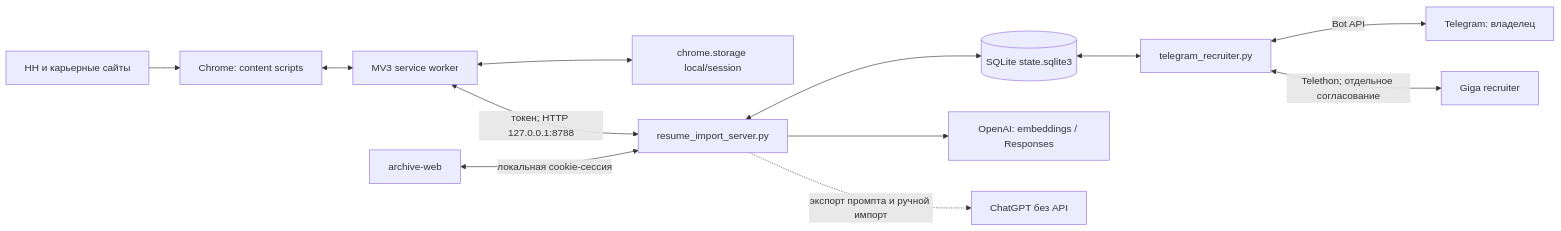
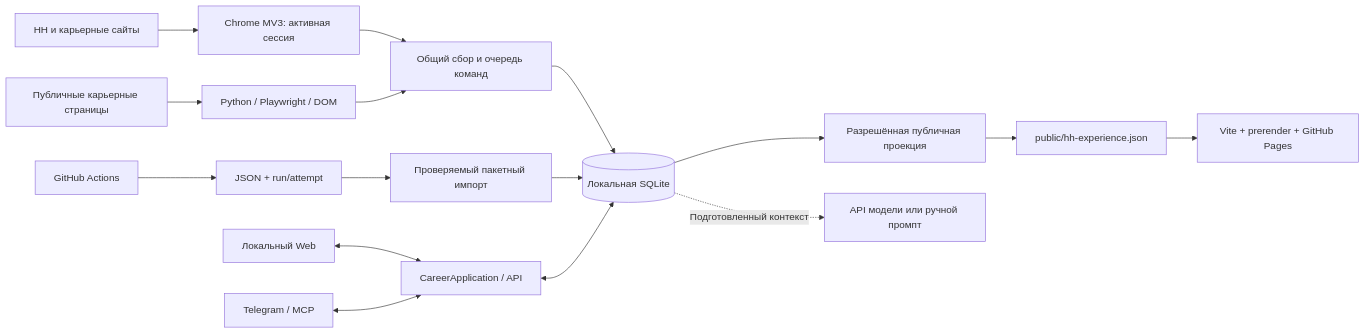
Before and after one commit to vladislav-vasilenko/vladislav-vasilenko.github.io: the diagram in tools/cv_matcher/docs/architecture/current-state.md, drawn with Mermaid. The commit also changed other lines of this file and 55 other files, not shown here.

Commit message:
docs(career): refresh architecture, operations and LinkedIn adapter roadmap

````diff
--- a/tools/cv_matcher/docs/architecture/current-state.md
+++ b/tools/cv_matcher/docs/architecture/current-state.md
@@ -29,14 +21,18 @@
 ```mermaid
 flowchart LR
-  Sites[HH и карьерные сайты] --> DOM[Chrome: content scripts]
-  DOM <--> Worker[MV3 service worker]
-  Worker <--> Local[chrome.storage local/session]
-  Worker <-->|токен; HTTP 127.0.0.1:8788| API[resume_import_server.py]
-  Web[archive-web] <-->|локальная cookie-сессия| API
-  API <--> DB[(SQLite state.sqlite3)]
-  API --> Models[OpenAI: embeddings / Responses]
-  DB <--> Bot[telegram_recruiter.py]
-  Bot <-->|Bot API| Owner[Telegram: владелец]
-  Bot <-->|Telethon; отдельное согласование| Giga[Giga recruiter]
-  API -.->|экспорт промпта и ручной импорт| Manual[ChatGPT без API]
+  HH[HH и карьерные сайты] --> Chrome[Chrome MV3: активная сессия]
+  Sites[Публичные карьерные страницы] --> Python[Python / Playwright / DOM]
+  Chrome --> Queue[Общий сбор и очередь команд]
+  Python --> Queue
+  Queue --> DB[(Локальная SQLite)]
+  Runs[GitHub Actions] --> Artifact[JSON + run/attempt]
+  Artifact --> Import[Проверяемый пакетный импорт]
+  Import --> DB
+  Web[Локальный Web] <--> App[CareerApplication / API]
+  TG[Telegram / MCP] <--> App
+  App <--> DB
+  DB --> Projection[Разрешённая публичная проекция]
+  Projection --> JSON[public/hh-experience.json]
+  JSON --> Build[Vite + prerender + GitHub Pages]
+  DB -. Подготовленный контекст .-> LLM[API модели или ручной промпт]
 ```
````
